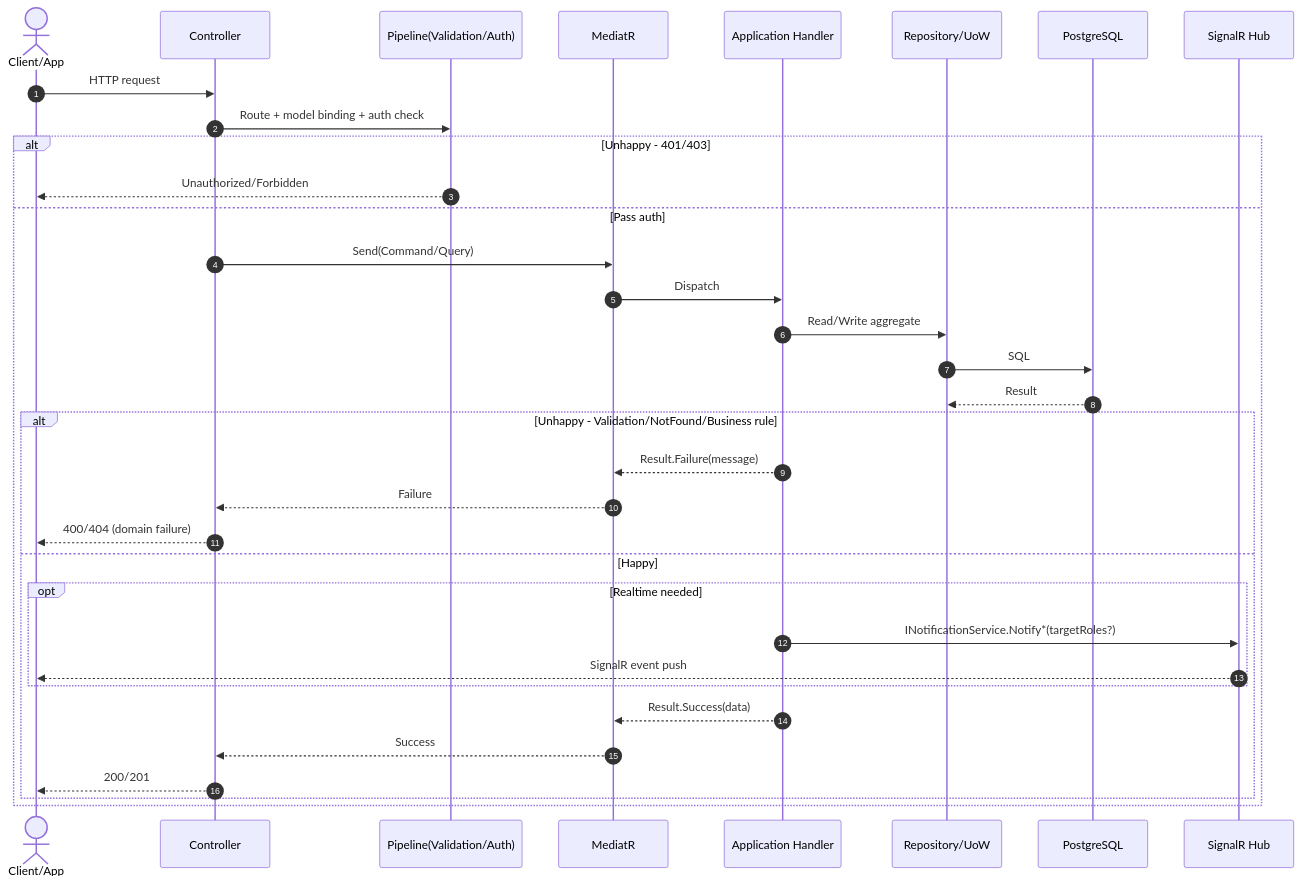
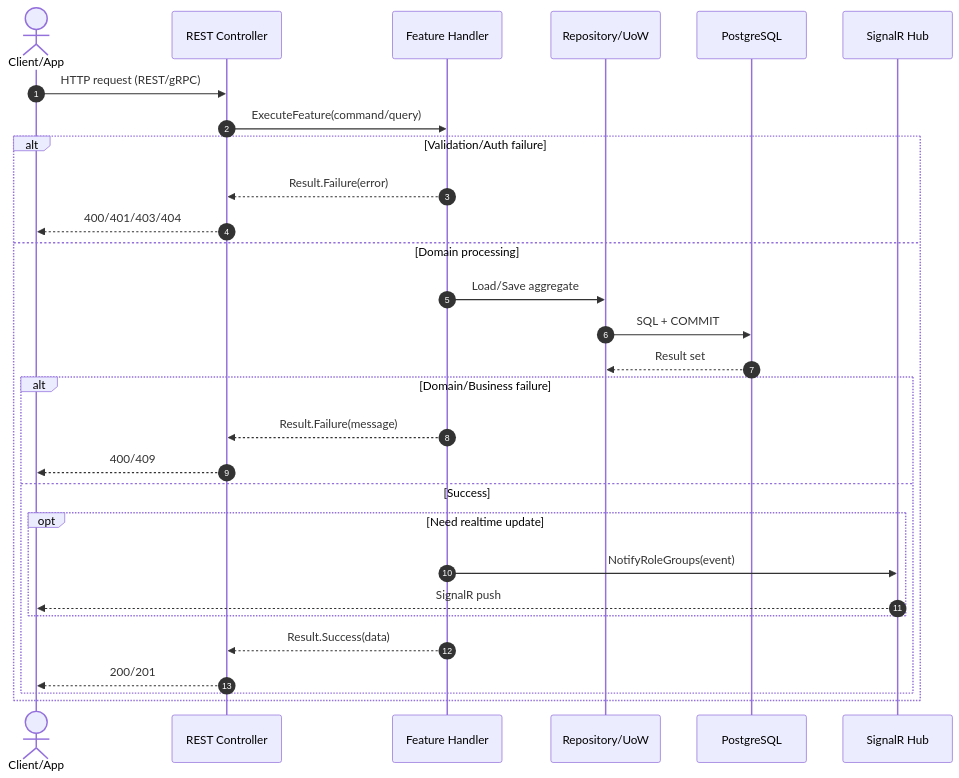
The first of 5 diagrams in docs/sequence-diagrams-mermaid.md (nguyendinhbao2004/RestaurantOrderTracking), drawn with Mermaid before and after one commit. The commit also changed other lines of this file and 9 other files, not shown here.

Commit message:
fix: refactor sequence diagram

````diff
--- a/docs/sequence-diagrams-mermaid.md
+++ b/docs/sequence-diagrams-mermaid.md
@@ -81,39 +81,34 @@
 ```mermaid
 sequenceDiagram
     autonumber
-    actor U as Client/App
-    participant C as Controller
-    participant P as Pipeline(Validation/Auth)
-    participant M as MediatR
-    participant H as Application Handler
+    actor UI as Client/App
+    participant C as REST Controller
+    participant H as Feature Handler
     participant R as Repository/UoW
     participant DB as PostgreSQL
-    participant W as SignalR Hub
+    participant Hub as SignalR Hub
 
-    U->>C: HTTP request
-    C->>P: Route + model binding + auth check
+    UI->>C: HTTP request (REST/gRPC)
+    C->>H: ExecuteFeature(command/query)
 
-    alt Unhappy - 401/403
-        P-->>U: Unauthorized/Forbidden
-    else Pass auth
-        C->>M: Send(Command/Query)
-        M->>H: Dispatch
-        H->>R: Read/Write aggregate
-        R->>DB: SQL
-        DB-->>R: Result
+    alt Validation/Auth failure
+        H-->>C: Result.Failure(error)
+        C-->>UI: 400/401/403/404
+    else Domain processing
+        H->>R: Load/Save aggregate
+        R->>DB: SQL + COMMIT
+        DB-->>R: Result set
 
-        alt Unhappy - Validation/NotFound/Business rule
-            H-->>M: Result.Failure(message)
-            M-->>C: Failure
-            C-->>U: 400/404 (domain failure)
-        else Happy
-            opt Realtime needed
-                H->>W: INotificationService.Notify*(targetRoles?)
-                W-->>U: SignalR event push
+        alt Domain/Business failure
+            H-->>C: Result.Failure(message)
+            C-->>UI: 400/409
+        else Success
+            opt Need realtime update
+                H->>Hub: NotifyRoleGroups(event)
+                Hub-->>UI: SignalR push
             end
-            H-->>M: Result.Success(data)
-            M-->>C: Success
-            C-->>U: 200/201
+            H-->>C: Result.Success(data)
+            C-->>UI: 200/201
         end
     end
 ```
````
